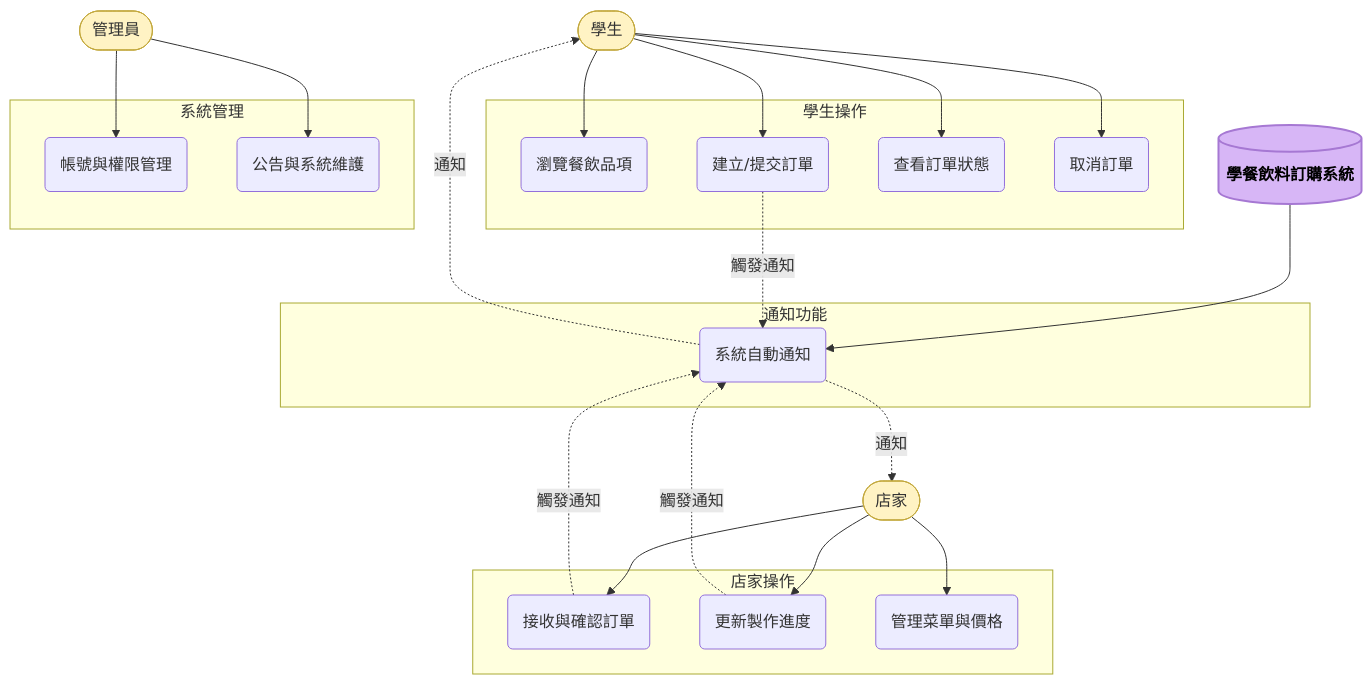
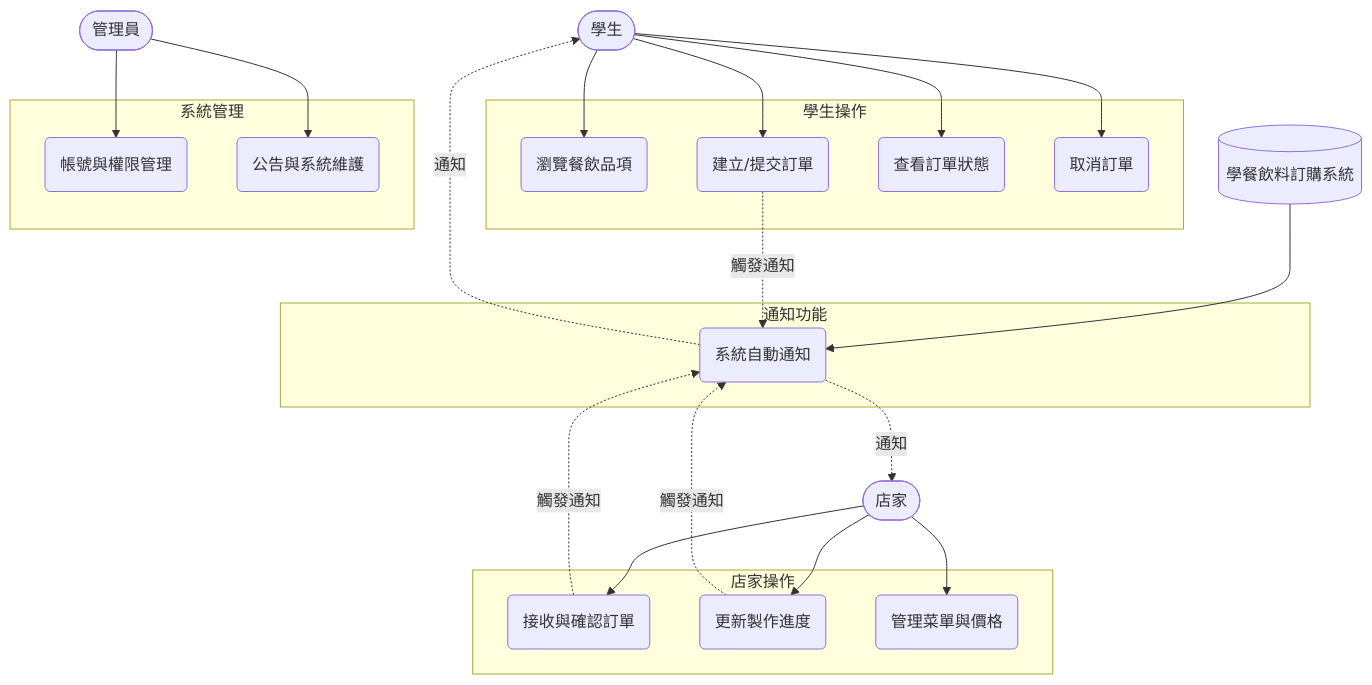
One commit to Ling7100/hw-group changed the diagram in hw3.md. Above: the diagram before and after it, drawn with Mermaid.

````diff
--- a/hw3.md
+++ b/hw3.md
@@ -4,64 +4,62 @@
 ```mermaid
 %%{init: {'theme': 'default'}}%%
 %%{init: {'theme': 'default'}}%%
 graph TD
 
     %% 角色
     A([ 學生 ]):::actor
     B([ 店家 ]):::actor
     C([ 管理員 ]):::actor
     S[(學餐飲料訂購系統)]:::system
 
     %% 學生使用案例
     subgraph 學生操作
         UC1(瀏覽餐飲品項)
         UC2(建立/提交訂單)
         UC3(查看訂單狀態)
         UC4(取消訂單)
     end
 
     %% 店家使用案例
     subgraph 店家操作
         UC5(接收與確認訂單)
         UC6(更新製作進度)
         UC7(管理菜單與價格)
     end
 
     %% 管理員使用案例
     subgraph 系統管理
         UC8(帳號與權限管理)
         UC9(公告與系統維護)
     end
 
     %% 通知功能
     subgraph 通知功能
         UC10(系統自動通知)
     end
 
     %% 角色關聯
     A --> UC1
     A --> UC2
     A --> UC3
     A --> UC4
 
     B --> UC5
     B --> UC6
     B --> UC7
 
     C --> UC8
     C --> UC9
 
     S --> UC10
     UC10 -.通知.-> A
     UC10 -.通知.-> B
 
     %% Extend / include 關係
     UC2 -.觸發通知.-> UC10
     UC5 -.觸發通知.-> UC10
     UC6 -.觸發通知.-> UC10
 
-    %% 樣式設定
-    classDef actor fill:#fff3c4,stroke:#c2a83e,stroke-width:1px;
-    classDef system fill:#d7b6f6,stroke:#a678d3,stroke-width:2px,color:#000,font-weight:bold;
+   
 
 ```
````
